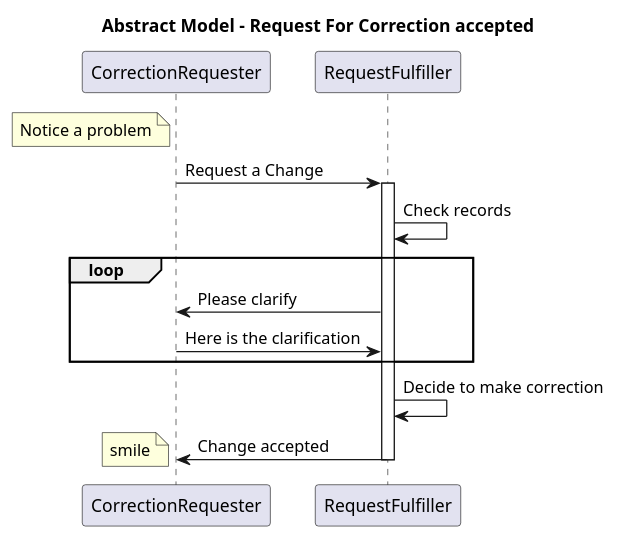
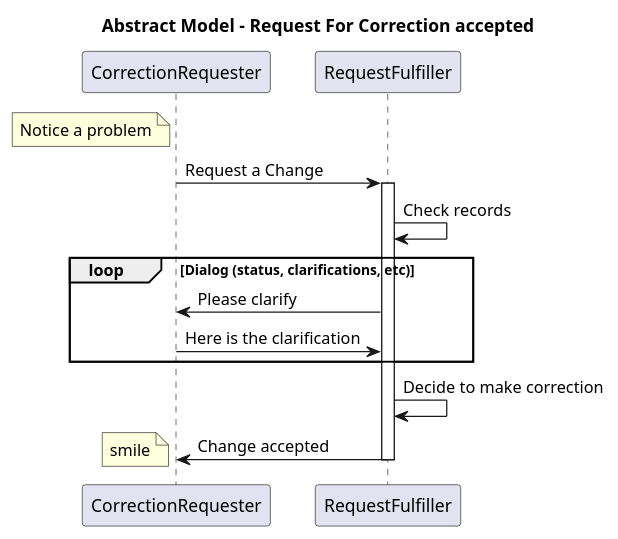
One commit to HL7/fhir-patient-correction changed the diagram in input/images-source/use-case-1.plantuml. Above: the diagram before and after it, drawn with PlantUML. The commit also changed 1 other file, not shown here.

Commit message:
fixup use-case diagrams to better fit the narrative.

```diff
--- a/input/images-source/use-case-1.plantuml
+++ b/input/images-source/use-case-1.plantuml
@@ -1,21 +1,21 @@
 @startuml
 title Abstract Model - Request For Correction accepted
 
 note left of CorrectionRequester
 Notice a problem
 end note
 CorrectionRequester->RequestFulfiller : Request a Change
 Activate RequestFulfiller
 RequestFulfiller->RequestFulfiller : Check records
 
-loop
+loop Dialog (status, clarifications, etc)
    RequestFulfiller->CorrectionRequester : Please clarify
    CorrectionRequester->RequestFulfiller : Here is the clarification
 end
 
 RequestFulfiller->RequestFulfiller : Decide to make correction
 RequestFulfiller->CorrectionRequester : Change accepted
 Deactivate RequestFulfiller
 
 note left: smile
 @enduml
```
